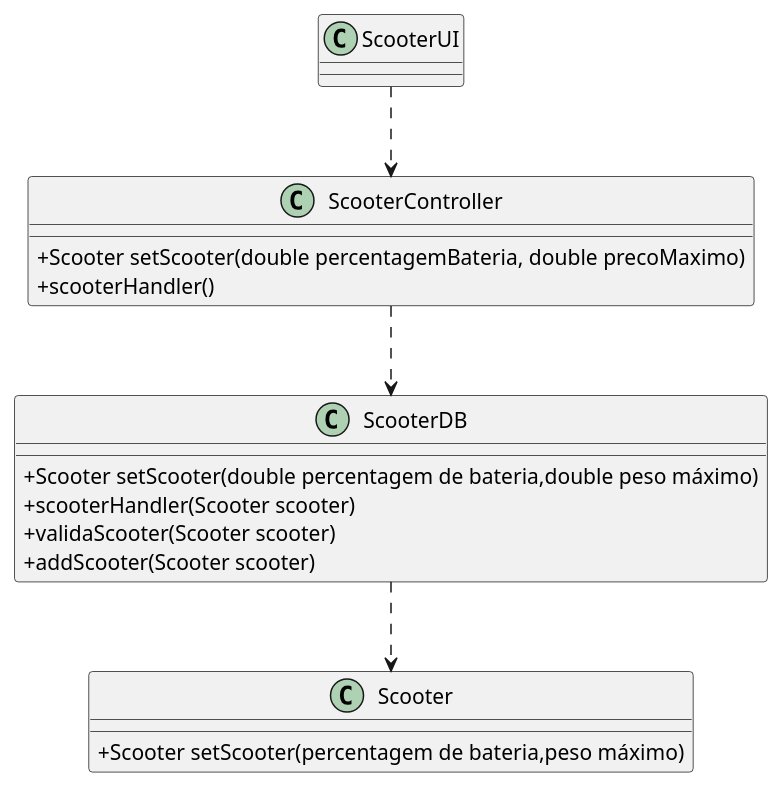
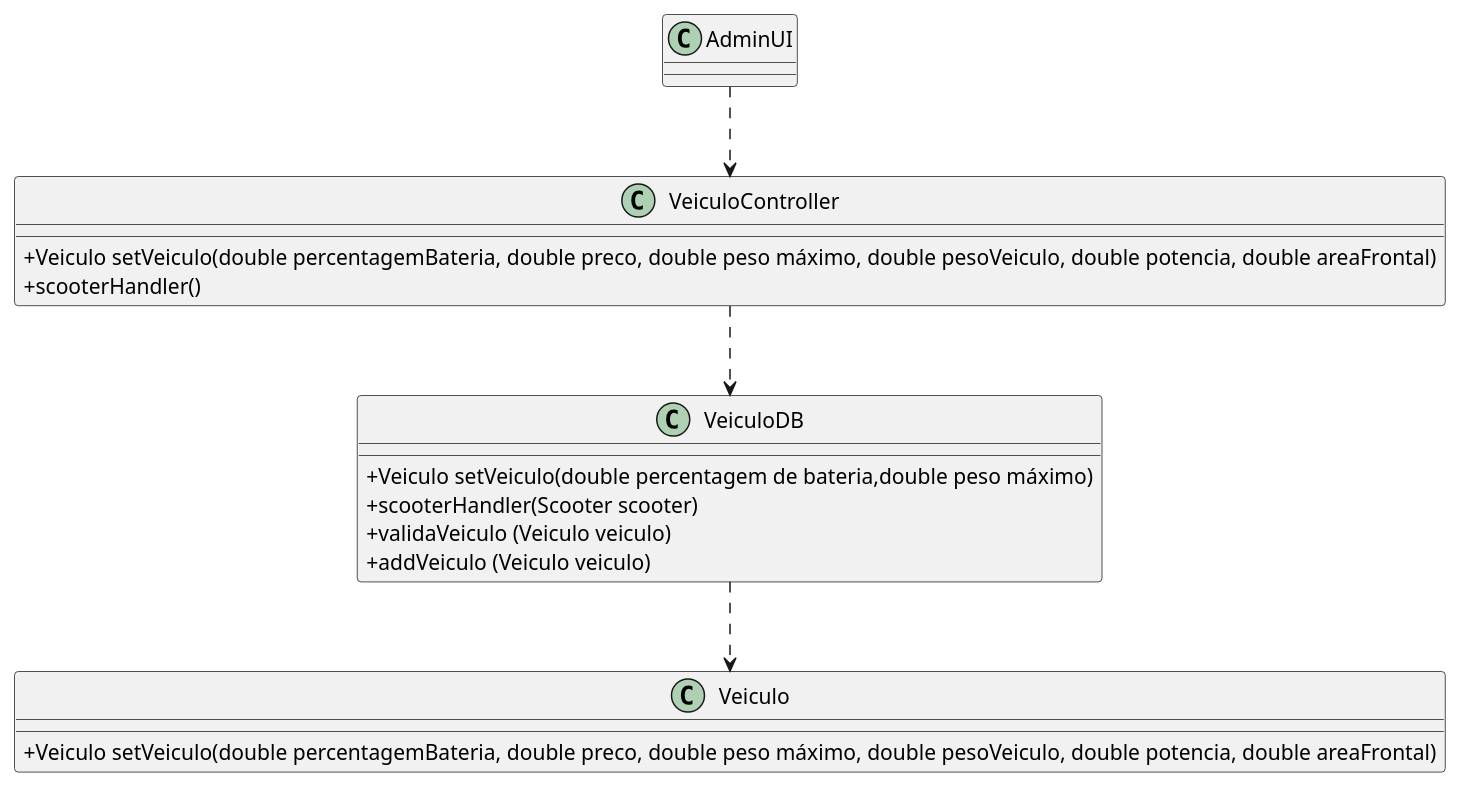
The diagram in docs/UC4/UC4_AtualizarScooter_CD.puml (pedrolemos4/LAPR3), drawn with PlantUML before and after one commit. The commit also changed 6 other files, not shown here.

```diff
--- a/docs/UC4/UC4_AtualizarScooter_CD.puml
+++ b/docs/UC4/UC4_AtualizarScooter_CD.puml
@@ -1,27 +1,27 @@
 @startuml
 skinparam classAttributeIconSize 0
 
-class ScooterDB {
-  +Scooter setScooter(double percentagem de bateria,double peso máximo)
+class VeiculoDB {
+  +Veiculo setVeiculo(double percentagem de bateria,double peso máximo)
   +scooterHandler(Scooter scooter)
-  +validaScooter(Scooter scooter)
-  +addScooter(Scooter scooter)
+  +validaVeiculo (Veiculo veiculo)
+  +addVeiculo (Veiculo veiculo)
 }
 
-class ScooterController {
-    +Scooter setScooter(double percentagemBateria, double precoMaximo)
+class VeiculoController {
+    +Veiculo setVeiculo(double percentagemBateria, double preco, double peso máximo, double pesoVeiculo, double potencia, double areaFrontal)
     +scooterHandler()
 }
 
-class ScooterUI {
+class AdminUI {
 }
 
-class Scooter {
-   +Scooter setScooter(percentagem de bateria,peso máximo)
+class Veiculo {
+   +Veiculo setVeiculo(double percentagemBateria, double preco, double peso máximo, double pesoVeiculo, double potencia, double areaFrontal)
 }
 
-ScooterUI ..> ScooterController 
+AdminUI ..> VeiculoController 
 
-ScooterController ..> ScooterDB
-ScooterDB ..> Scooter
+VeiculoController  ..> VeiculoDB
+VeiculoDB ..> Veiculo
 @enduml
```
